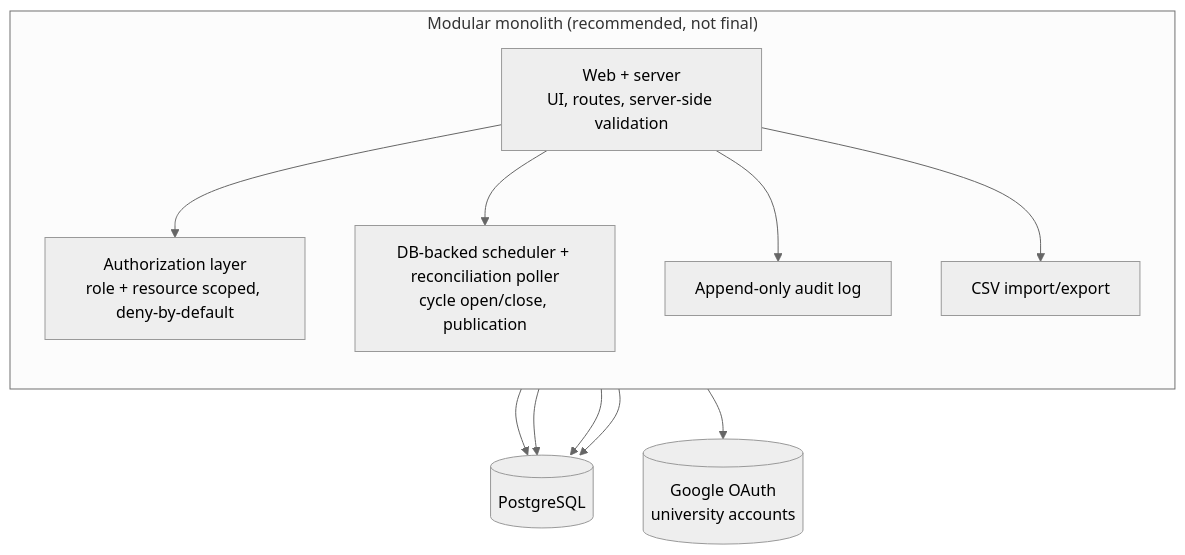
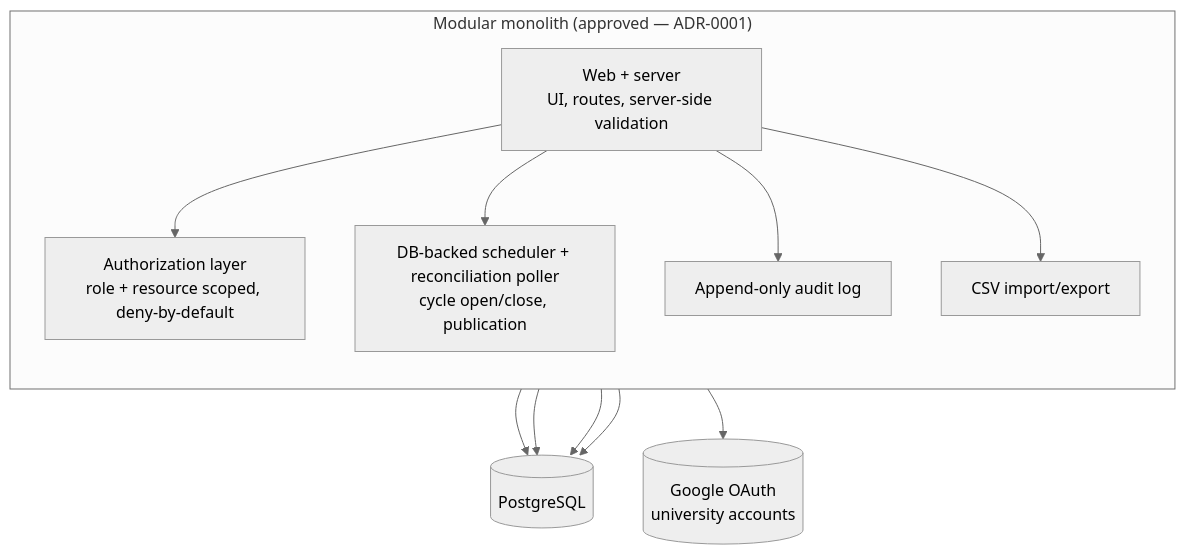
One commit to jarlericaa/dcs-class-feedback changed the second of 9 diagrams in AGENTS.md. Above: the diagram before and after it, drawn with Mermaid (neutral theme). The commit also changed other lines of this file and 34 other files, not shown here.

````diff
--- a/AGENTS.md
+++ b/AGENTS.md
@@ -108,19 +111,19 @@
 ```mermaid
 flowchart TB
-  subgraph App["Modular monolith (recommended, not final)"]
+  subgraph App["Modular monolith (approved — ADR-0001)"]
     direction TB
     web["Web + server<br/>UI, routes, server-side validation"]
     authz["Authorization layer<br/>role + resource scoped, deny-by-default"]
     sched["DB-backed scheduler + reconciliation poller<br/>cycle open/close, publication"]
     audit["Append-only audit log"]
     csv["CSV import/export"]
   end
   pg[("PostgreSQL")]
   google[("Google OAuth<br/>university accounts")]
 
   web --> authz --> pg
   web --> sched --> pg
   web --> audit --> pg
   web --> csv --> pg
   web --> google
 ```
````
